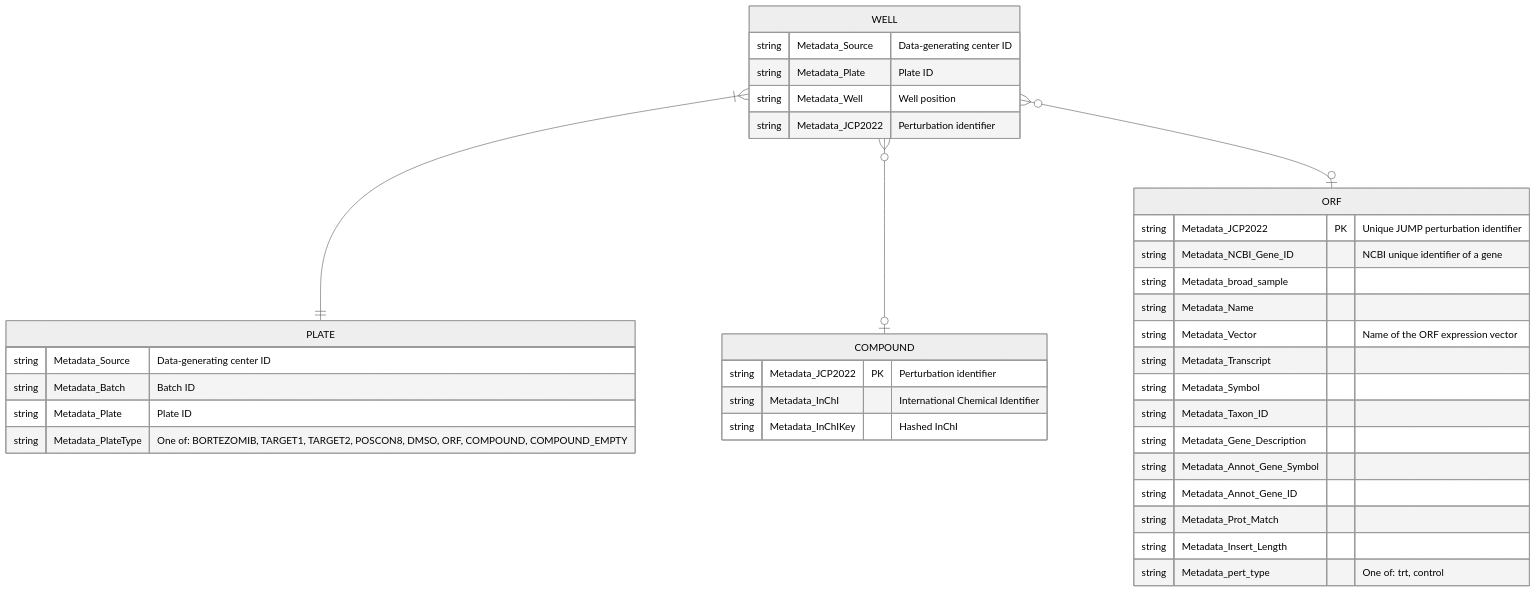
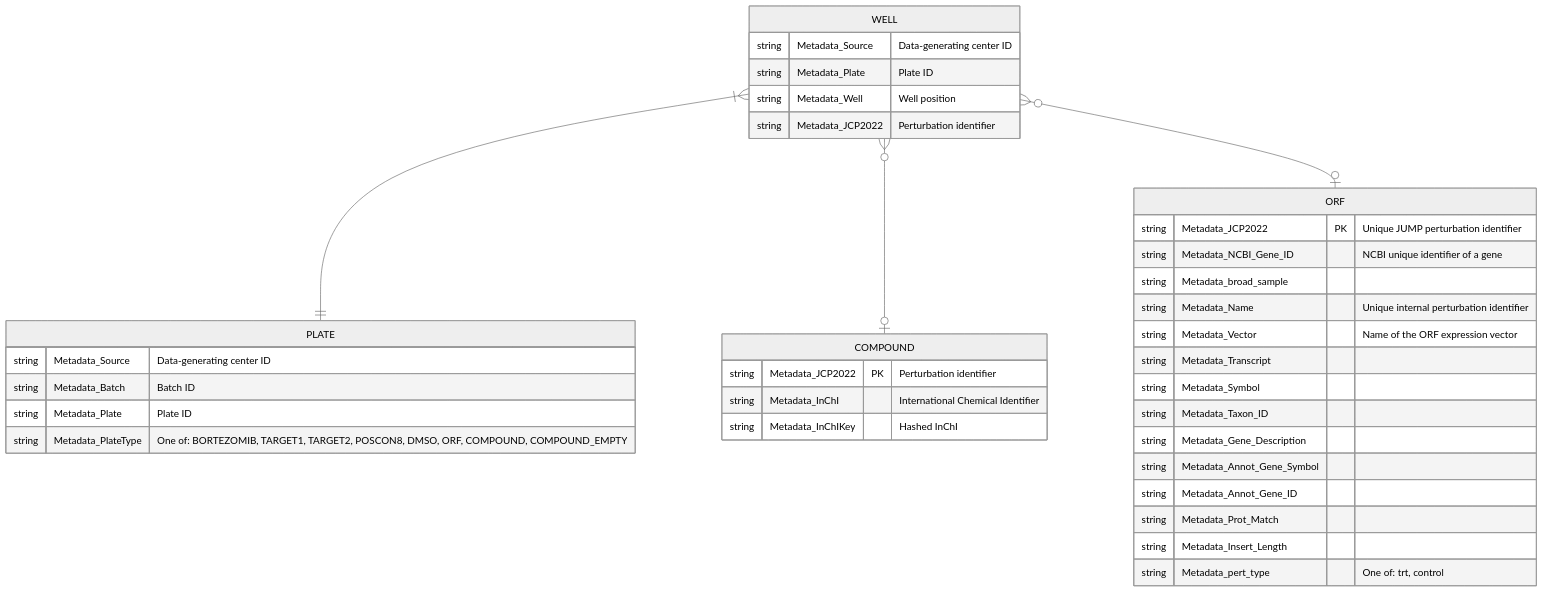
One commit to jump-cellpainting/datasets changed the diagram in metadata/README.md. Above: the diagram before and after it, drawn with Mermaid (neutral theme).

````diff
--- a/metadata/README.md
+++ b/metadata/README.md
@@ -6,39 +6,39 @@
 ```mermaid
 erDiagram
     WELL }|--|| PLATE : ""
     WELL {
         string Metadata_Source "Data-generating center ID"
         string Metadata_Plate "Plate ID"
         string Metadata_Well "Well position"
         string Metadata_JCP2022 "Perturbation identifier"
     }
     PLATE {
         string Metadata_Source "Data-generating center ID"
         string Metadata_Batch "Batch ID"
         string Metadata_Plate "Plate ID"
         string Metadata_PlateType "One of: BORTEZOMIB, TARGET1, TARGET2, POSCON8, DMSO, ORF, COMPOUND, COMPOUND_EMPTY"
     }
     WELL }o--o| COMPOUND : ""
     COMPOUND {
         string Metadata_JCP2022 PK "Perturbation identifier"
         string Metadata_InChI "International Chemical Identifier"
         string Metadata_InChIKey "Hashed InChI"
     }
     WELL }o--o| ORF : ""
     ORF {
         string Metadata_JCP2022 PK "Unique JUMP perturbation identifier"
         string Metadata_NCBI_Gene_ID "NCBI unique identifier of a gene"
         string Metadata_broad_sample ""
-        string Metadata_Name ""
+        string Metadata_Name "Unique internal perturbation identifier"
         string Metadata_Vector "Name of the ORF expression vector"
         string Metadata_Transcript ""
         string Metadata_Symbol ""
         string Metadata_Taxon_ID ""
         string Metadata_Gene_Description ""
         string Metadata_Annot_Gene_Symbol ""
         string Metadata_Annot_Gene_ID ""
         string Metadata_Prot_Match ""
         string Metadata_Insert_Length ""
         string Metadata_pert_type "One of: trt, control"
     }
 ```
````
